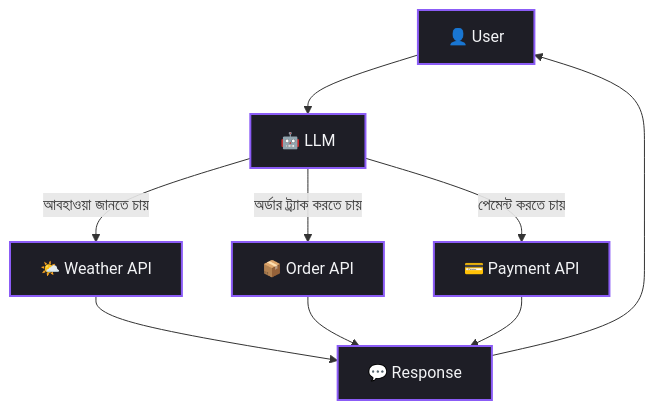
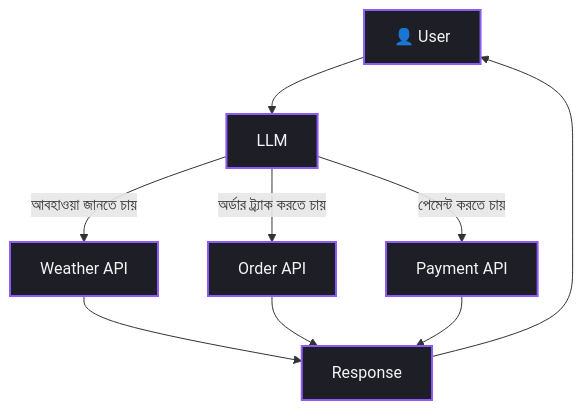
The third of 5 diagrams in handbook/chapter_32.md (Rabetul-islam-asif/AI-Hand-Book), drawn with Mermaid before and after one commit. The commit also changed other lines of this file and 1 other file, not shown here.

````diff
--- a/handbook/chapter_32.md
+++ b/handbook/chapter_32.md
@@ -147,12 +147,12 @@
 ```mermaid
 flowchart TD
-    A["👤 User"] --> B["🤖 LLM"]
-    B -->|"আবহাওয়া জানতে চায়"| C["🌤️ Weather API"]
-    B -->|"অর্ডার ট্র্যাক করতে চায়"| D["📦 Order API"]
-    B -->|"পেমেন্ট করতে চায়"| E["💳 Payment API"]
-    C --> F["💬 Response"]
+    A["👤 User"] --> B[" LLM"]
+    B -->|"আবহাওয়া জানতে চায়"| C[" Weather API"]
+    B -->|"অর্ডার ট্র্যাক করতে চায়"| D[" Order API"]
+    B -->|"পেমেন্ট করতে চায়"| E[" Payment API"]
+    C --> F[" Response"]
     D --> F
     E --> F
     F --> A
     classDef default fill:#1E1E26,stroke:#8B5CF6,stroke-width:2px,color:#F3F4F6;
 ```
````
